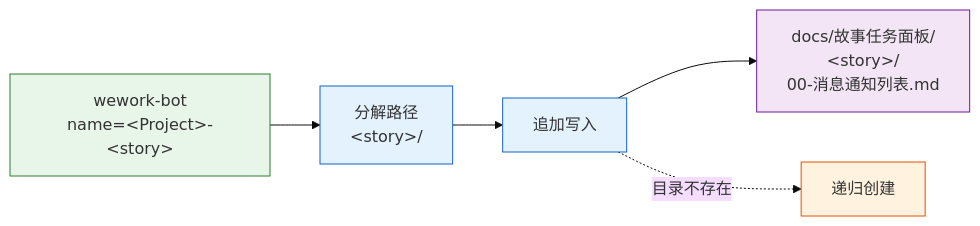
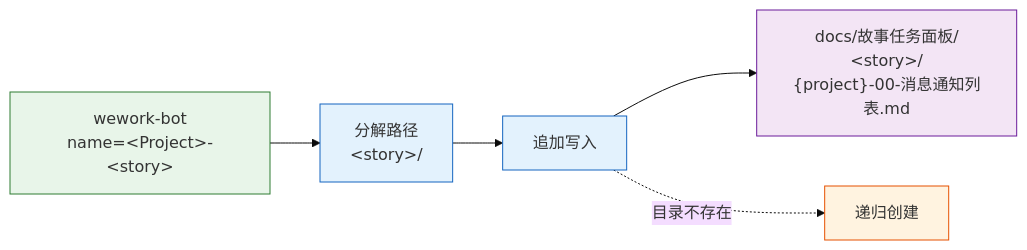
Before and after one commit to effiy/YrY: the fifth of 11 diagrams in skills/wework-bot/SKILL.md, drawn with Mermaid (base theme). The commit also changed other lines of this file and 17 other files, not shown here.

````diff
--- a/skills/wework-bot/SKILL.md
+++ b/skills/wework-bot/SKILL.md
@@ -181,13 +181,13 @@
 ```mermaid
 flowchart LR
     SEND["wework-bot<br/>name=&lt;Project&gt;-&lt;story&gt;"]:::src --> PARSE["分解路径<br/>&lt;story&gt;/"]:::op
     PARSE --> APPEND["追加写入"]:::op
-    APPEND --> FILE["docs/故事任务面板/<br/>&lt;story&gt;/<br/>00-消息通知列表.md"]:::file
+    APPEND --> FILE["docs/故事任务面板/<br/>&lt;story&gt;/<br/>{project}-00-消息通知列表.md"]:::file
 
     APPEND -.->|"目录不存在"| MKDIR["递归创建"]:::util
 
     classDef src fill:#e8f5e9,stroke:#2e7d32;
     classDef op fill:#e3f2fd,stroke:#1565c0;
     classDef file fill:#f3e5f5,stroke:#6a1b9a;
     classDef util fill:#fff3e0,stroke:#e65100;
 ```
````
